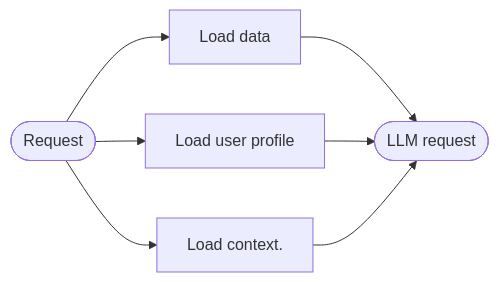
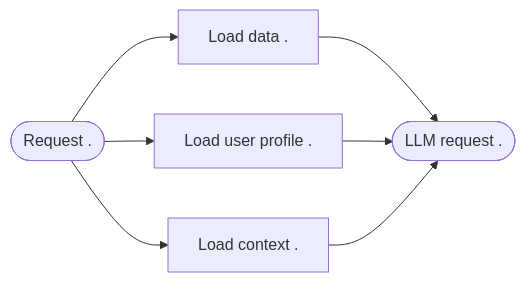
Before and after one commit to g4s8/gdf-am-2025: the third of 5 diagrams in site/content/_index.md, drawn with Mermaid. The commit also changed other lines of this file, not shown here.

```diff
--- a/site/content/_index.md
+++ b/site/content/_index.md
@@ -186,13 +186,13 @@
 {{< mermaid >}}
 graph LR
-    A(["Request "])
-    E(["LLM request   "])
+    A(["Request  ."])
+    E(["LLM request   ."])
 
-    A --> B["Load data   "]
-    A --> C["Load user profile    "]
-    A --> D["Load context.  "]
+    A --> B["Load data   ."]
+    A --> C["Load user profile   ."]
+    A --> D["Load context   ."]
 
     B --> E
     C --> E
     D --> E
 {{< /mermaid >}}
```
